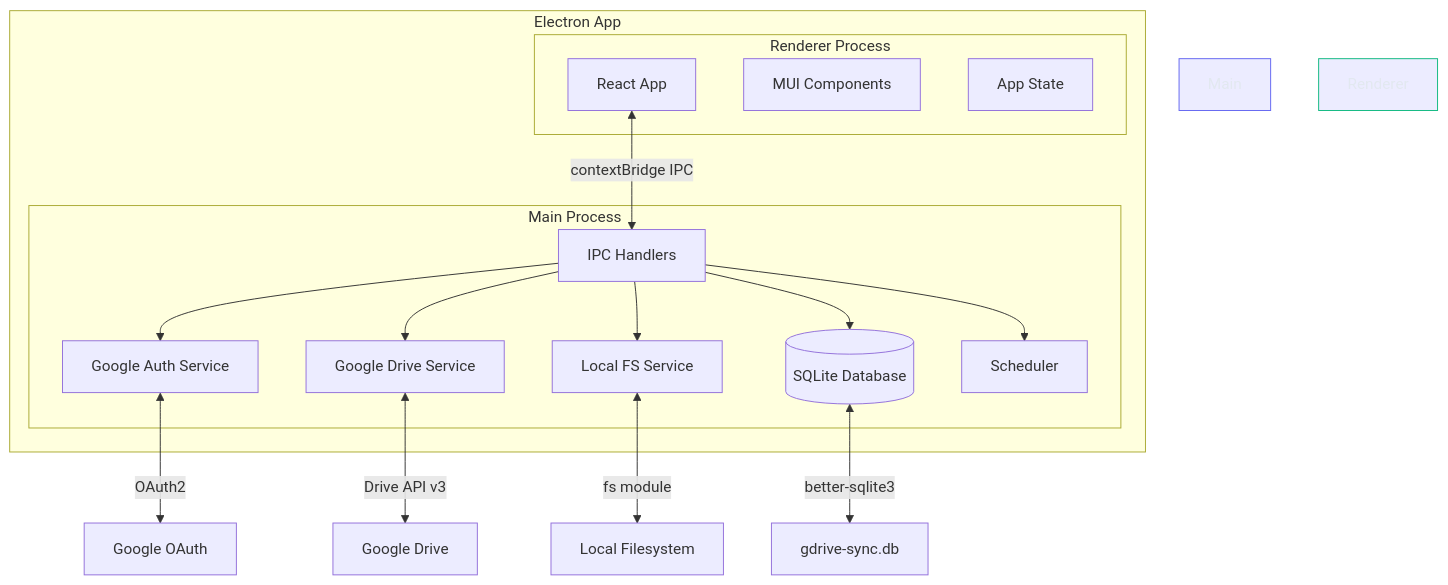
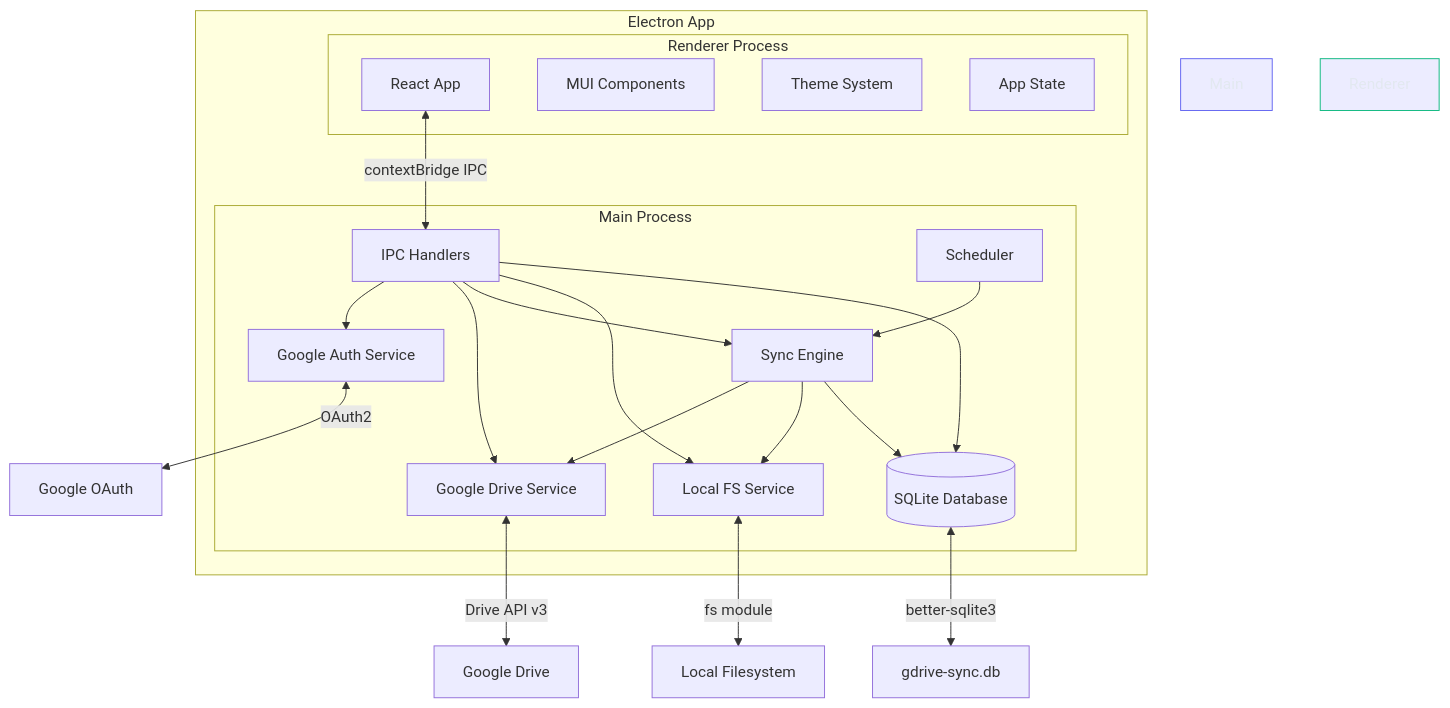
One commit to jpurusho/gdrive changed the first of 4 diagrams in docs/architecture.md. Above: the diagram before and after it, drawn with Mermaid. The commit also changed other lines of this file and 2 other files, not shown here.

First line of the commit message:
Complete Phase 5: Settings polish and architecture docs update

````diff
--- a/docs/architecture.md
+++ b/docs/architecture.md
@@ -7,34 +7,40 @@
 ```mermaid
 graph TB
     subgraph Electron App
         subgraph Main Process
             IPC[IPC Handlers]
             AUTH[Google Auth Service]
             DRIVE[Google Drive Service]
+            SYNC[Sync Engine]
             LFS[Local FS Service]
             DB[(SQLite Database)]
             SCHED[Scheduler]
         end
 
         subgraph Renderer Process
             REACT[React App]
             MUI[MUI Components]
+            THEME[Theme System]
             STATE[App State]
         end
 
         REACT <-->|contextBridge IPC| IPC
         IPC --> AUTH
         IPC --> DRIVE
+        IPC --> SYNC
         IPC --> LFS
         IPC --> DB
-        IPC --> SCHED
+        SCHED --> SYNC
     end
 
     AUTH <-->|OAuth2| GOOGLE[Google OAuth]
     DRIVE <-->|Drive API v3| GDRIVE[Google Drive]
+    SYNC --> DRIVE
+    SYNC --> LFS
+    SYNC --> DB
     LFS <-->|fs module| LOCAL[Local Filesystem]
     DB <-->|better-sqlite3| DBFILE[gdrive-sync.db]
 
     style Main Process fill:#1a1a2e,stroke:#6366f1,color:#e2e8f0
     style Renderer Process fill:#1a1a2e,stroke:#10b981,color:#e2e8f0
 ```
````
